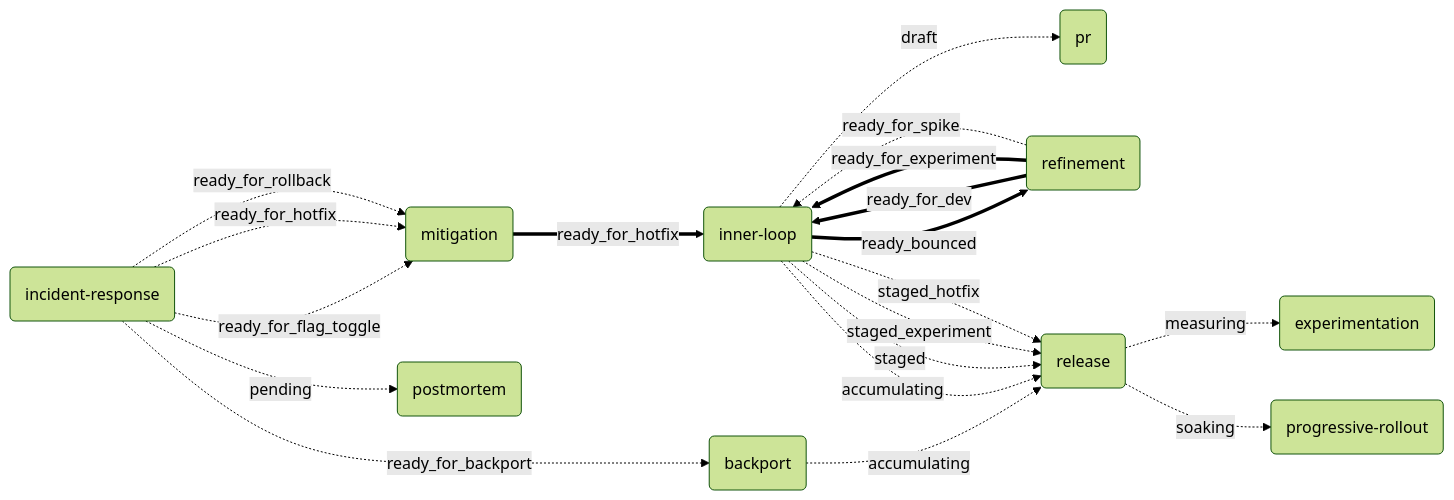
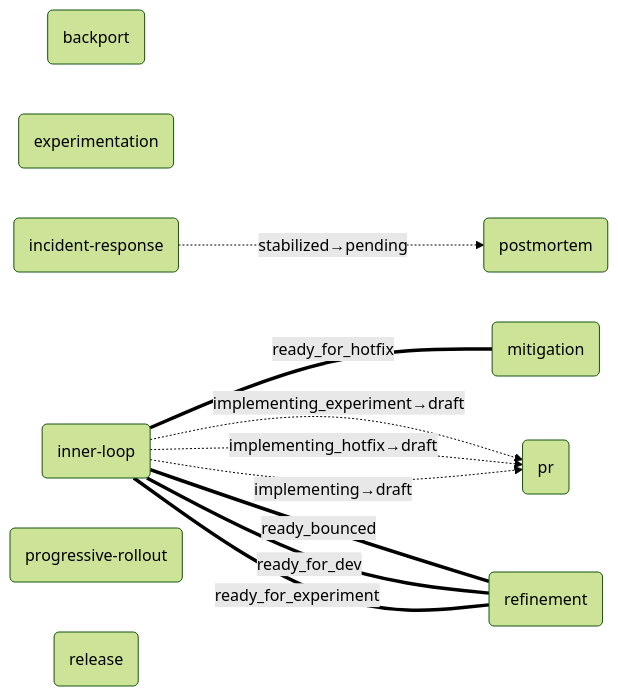
Before and after one commit to blemees/blemees-workflow: the diagram in examples/workflows/process-map.mermaid, drawn with Mermaid (forest theme). The commit also changed 47 other files, not shown here.

```diff
--- a/examples/workflows/process-map.mermaid
+++ b/examples/workflows/process-map.mermaid
@@ -1,31 +1,21 @@
 flowchart LR
 
     backport(backport)
     experimentation(experimentation)
     incident_response(incident-response)
     inner_loop(inner-loop)
     mitigation(mitigation)
     postmortem(postmortem)
     pr(pr)
     progressive_rollout(progressive-rollout)
     refinement(refinement)
     release(release)
 
-    backport -.->|accumulating| release
-    incident_response -.->|ready_for_backport| backport
-    incident_response -.->|ready_for_flag_toggle| mitigation
-    incident_response -.->|ready_for_hotfix| mitigation
-    incident_response -.->|ready_for_rollback| mitigation
-    incident_response -.->|pending| postmortem
-    inner_loop -.->|draft| pr
-    inner_loop ==>|ready_bounced| refinement
-    inner_loop -.->|accumulating| release
-    inner_loop -.->|staged| release
-    inner_loop -.->|staged_experiment| release
-    inner_loop -.->|staged_hotfix| release
-    mitigation ==>|ready_for_hotfix| inner_loop
-    refinement ==>|ready_for_dev| inner_loop
-    refinement ==>|ready_for_experiment| inner_loop
-    refinement -.->|ready_for_spike| inner_loop
-    release -.->|measuring| experimentation
-    release -.->|soaking| progressive_rollout
+    incident_response -.->|stabilized→pending| postmortem
+    inner_loop ===|ready_for_hotfix| mitigation
+    inner_loop -.->|implementing_experiment→draft| pr
+    inner_loop -.->|implementing_hotfix→draft| pr
+    inner_loop -.->|implementing→draft| pr
+    inner_loop ===|ready_bounced| refinement
+    inner_loop ===|ready_for_dev| refinement
+    inner_loop ===|ready_for_experiment| refinement
```
